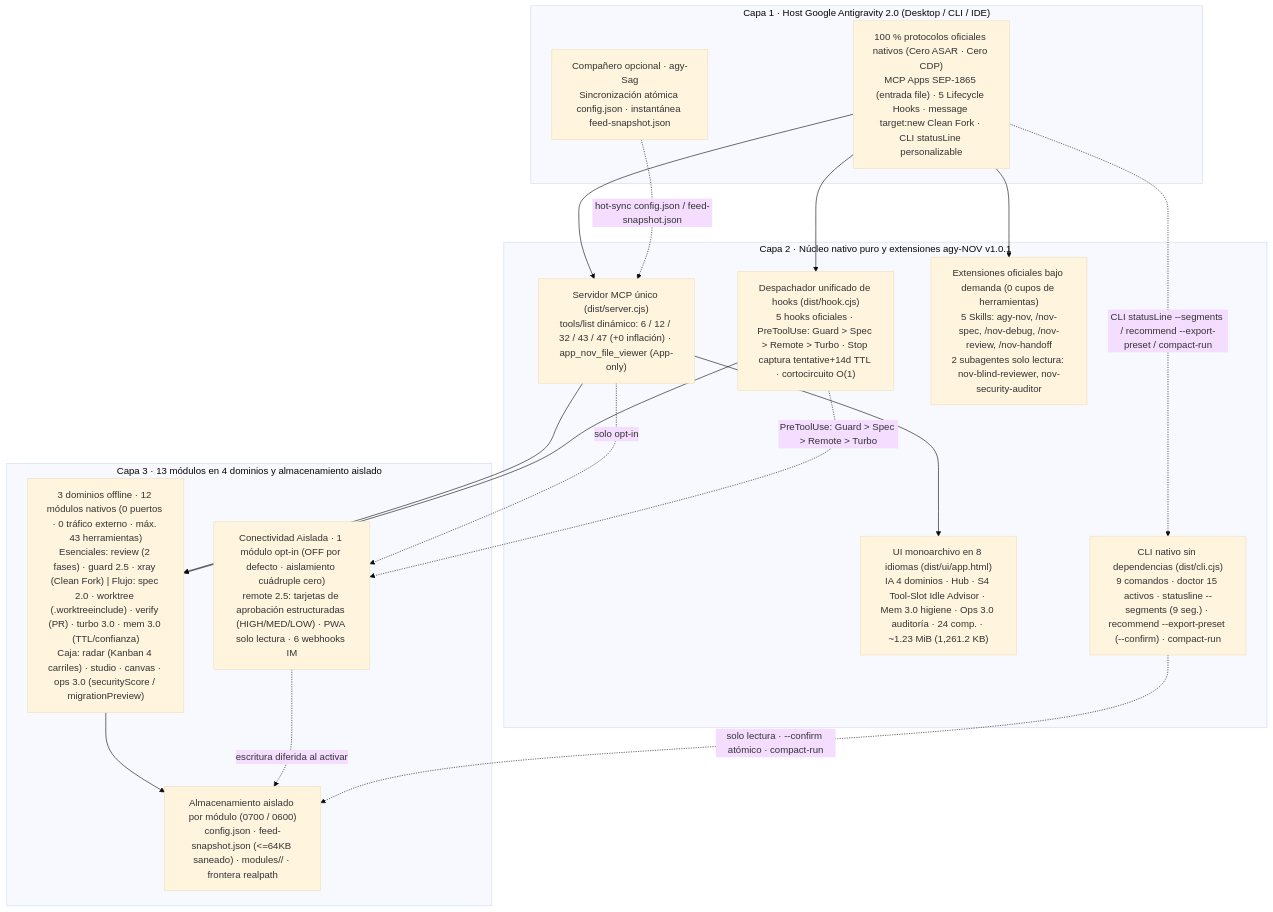
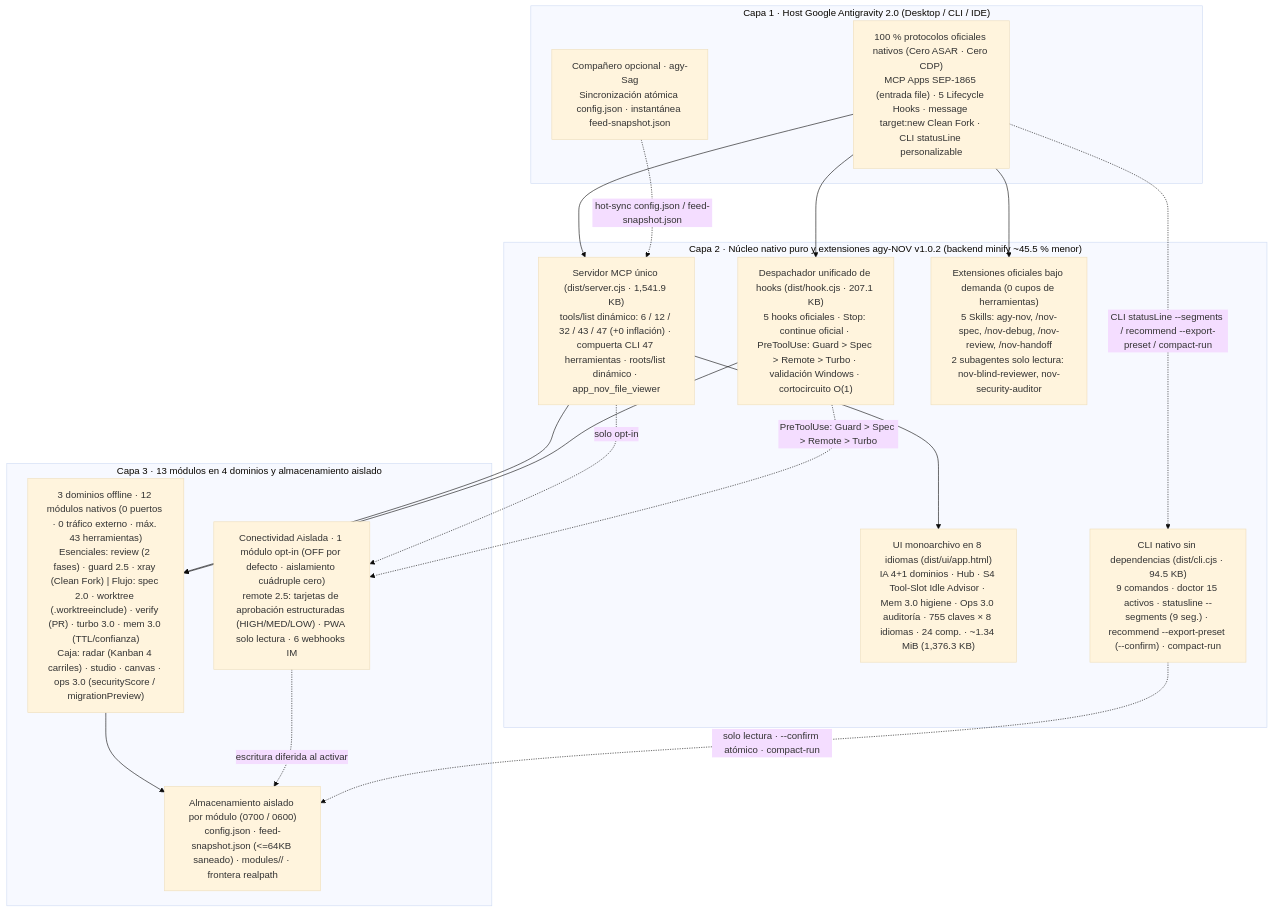
One commit to tone-leh/agy-NOV changed the diagram in docs/i18n/README.es.md. Above: the diagram before and after it, drawn with Mermaid (base theme). The commit also changed other lines of this file and 84 other files, not shown here.

Commit message:
fix(v1.0.2): Antigravity 2.35+ runtime hardening, CLI 47-tool gate, dynamic roots, 755-key 8-locale UI & 45% bundle minification

````diff
--- a/docs/i18n/README.es.md
+++ b/docs/i18n/README.es.md
@@ -241,35 +245,35 @@
 ```mermaid
 flowchart TB
   subgraph L1["Capa 1 · Host Google Antigravity 2.0 (Desktop / CLI / IDE)"]
     Host["100 % protocolos oficiales nativos (Cero ASAR · Cero CDP)\nMCP Apps SEP-1865 (entrada file) · 5 Lifecycle Hooks · message target:new Clean Fork · CLI statusLine personalizable"]
     Sag["Compañero opcional · agy-Sag\nSincronización atómica config.json · instantánea feed-snapshot.json"]
   end
 
-  subgraph L2["Capa 2 · Núcleo nativo puro y extensiones agy-NOV v1.0.1"]
-    MCP["Servidor MCP único (dist/server.cjs)\ntools/list dinámico: 6 / 12 / 32 / 43 / 47 (+0 inflación) · app_nov_file_viewer (App-only)"]
-    Hook["Despachador unificado de hooks (dist/hook.cjs)\n5 hooks oficiales · PreToolUse: Guard > Spec > Remote > Turbo · Stop captura tentative+14d TTL · cortocircuito O(1)"]
-    UI["UI monoarchivo en 8 idiomas (dist/ui/app.html)\nIA 4 dominios · Hub · S4 Tool-Slot Idle Advisor · Mem 3.0 higiene · Ops 3.0 auditoría · 24 comp. · ~1.23 MiB (1,261.2 KB)"]
+  subgraph L2["Capa 2 · Núcleo nativo puro y extensiones agy-NOV v1.0.2 (backend minify ~45.5 % menor)"]
+    MCP["Servidor MCP único (dist/server.cjs · 1,541.9 KB)\ntools/list dinámico: 6 / 12 / 32 / 43 / 47 (+0 inflación) · compuerta CLI 47 herramientas · roots/list dinámico · app_nov_file_viewer"]
+    Hook["Despachador unificado de hooks (dist/hook.cjs · 207.1 KB)\n5 hooks oficiales · Stop: continue oficial · PreToolUse: Guard > Spec > Remote > Turbo · validación Windows · cortocircuito O(1)"]
+    UI["UI monoarchivo en 8 idiomas (dist/ui/app.html)\nIA 4+1 dominios · Hub · S4 Tool-Slot Idle Advisor · Mem 3.0 higiene · Ops 3.0 auditoría · 755 claves × 8 idiomas · 24 comp. · ~1.34 MiB (1,376.3 KB)"]
     Ext["Extensiones oficiales bajo demanda (0 cupos de herramientas)\n5 Skills: agy-nov, /nov-spec, /nov-debug, /nov-review, /nov-handoff\n2 subagentes solo lectura: nov-blind-reviewer, nov-security-auditor"]
-    CLI["CLI nativo sin dependencias (dist/cli.cjs)\n9 comandos · doctor 15 activos · statusline --segments (9 seg.) · recommend --export-preset (--confirm) · compact-run"]
+    CLI["CLI nativo sin dependencias (dist/cli.cjs · 94.5 KB)\n9 comandos · doctor 15 activos · statusline --segments (9 seg.) · recommend --export-preset (--confirm) · compact-run"]
   end
 
   subgraph L3["Capa 3 · 13 módulos en 4 dominios y almacenamiento aislado"]
     T1["3 dominios offline · 12 módulos nativos (0 puertos · 0 tráfico externo · máx. 43 herramientas)\nEsenciales: review (2 fases) · guard 2.5 · xray (Clean Fork) | Flujo: spec 2.0 · worktree (.worktreeinclude) · verify (PR) · turbo 3.0 · mem 3.0 (TTL/confianza)\nCaja: radar (Kanban 4 carriles) · studio · canvas · ops 3.0 (securityScore / migrationPreview)"]
     T2R["Conectividad Aislada · 1 módulo opt-in (OFF por defecto · aislamiento cuádruple cero)\nremote 2.5: tarjetas de aprobación estructuradas (HIGH/MED/LOW) · PWA solo lectura · 6 webhooks IM"]
     Store["Almacenamiento aislado por módulo (0700 / 0600)\nconfig.json · feed-snapshot.json (<=64KB saneado) · modules/<id>/ · frontera realpath"]
   end
 
   Host --> MCP
   Host --> Hook
   Host --> Ext
   Host -. "CLI statusLine --segments / recommend --export-preset / compact-run" .-> CLI
   Sag -. "hot-sync config.json / feed-snapshot.json" .-> MCP
   MCP --> UI
   MCP --> T1
   MCP -. "solo opt-in" .-> T2R
   Hook --> T1
   Hook -. "PreToolUse: Guard > Spec > Remote > Turbo" .-> T2R
   T1 --> Store
   T2R -. "escritura diferida al activar" .-> Store
   CLI -. "solo lectura · --confirm atómico · compact-run" .-> Store
 ```
````
